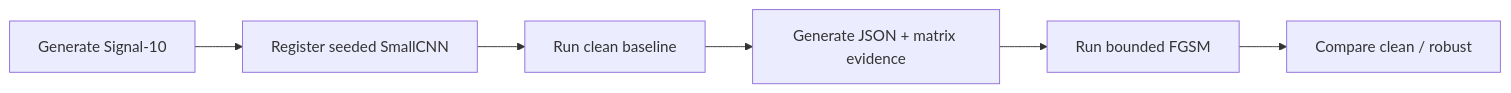
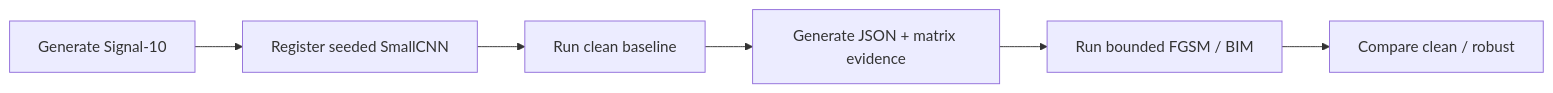
The second of 3 diagrams in README.md (MintKangaroo/AIShield), drawn with Mermaid before and after one commit. The commit also changed other lines of this file and 11 other files, not shown here.

````diff
--- a/README.md
+++ b/README.md
@@ -127,8 +127,8 @@
 ```mermaid
 flowchart LR
     A["Generate Signal-10"] --> B["Register seeded SmallCNN"]
     B --> C["Run clean baseline"]
     C --> D["Generate JSON + matrix evidence"]
-    D --> E["Run bounded FGSM"]
+    D --> E["Run bounded FGSM / BIM"]
     E --> F["Compare clean / robust"]
 ```
````
